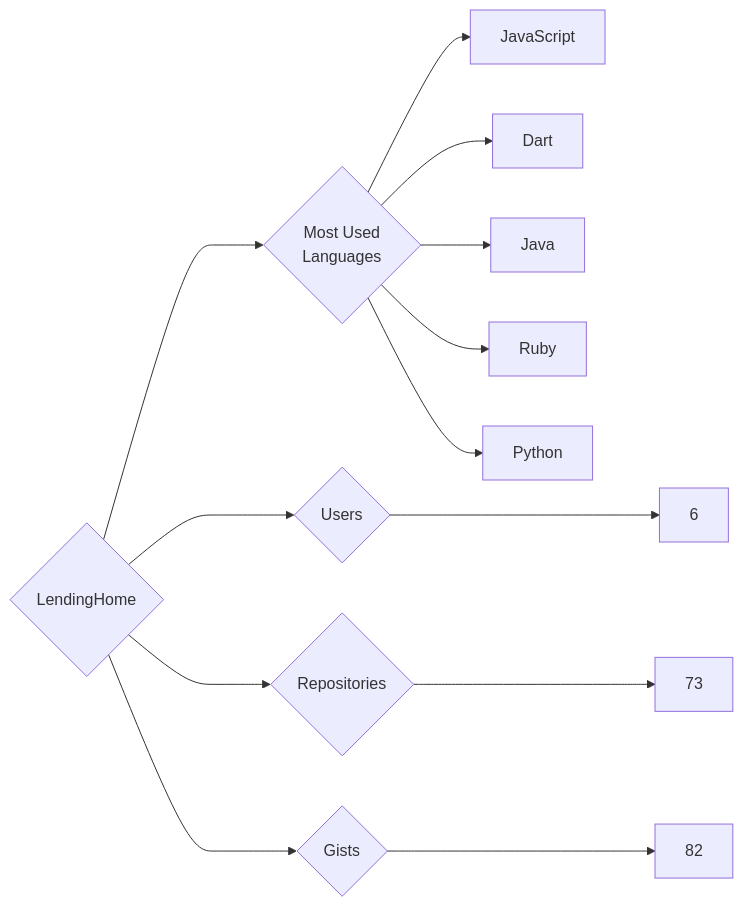
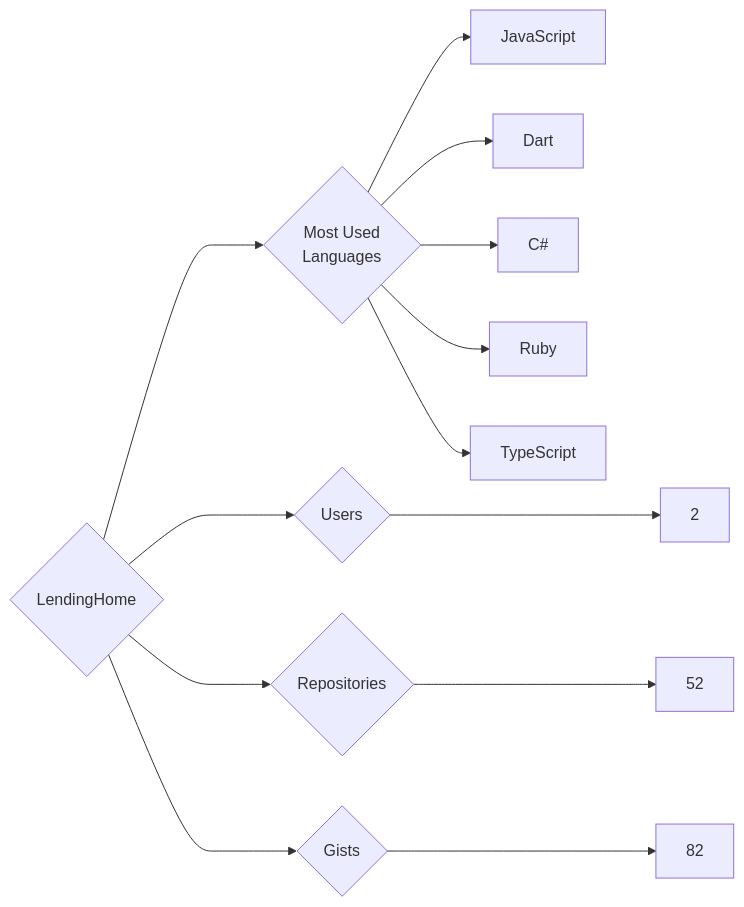
The diagram in targets/LendingHome/README.md (trickest/insiders), drawn with Mermaid before and after one commit. The commit also changed 682 other files, not shown here.

````diff
--- a/targets/LendingHome/README.md
+++ b/targets/LendingHome/README.md
@@ -3,13 +3,13 @@
 ```mermaid
 graph LR
 COMPANY_NAME{LendingHome}
-COMPANY_NAME ---> U{Users} ---> UN[6]
-COMPANY_NAME ---> R{Repositories} ---> RN[73]
+COMPANY_NAME ---> U{Users} ---> UN[2]
+COMPANY_NAME ---> R{Repositories} ---> RN[52]
 COMPANY_NAME ---> G{Gists} ---> GN[82]
 COMPANY_NAME ---> ML{Most Used<br>Languages}
 ML --> JavaScript[JavaScript]
 ML --> Dart[Dart]
-ML --> Java[Java]
+ML --> C#[C#]
 ML --> Ruby[Ruby]
-ML --> Python[Python]
+ML --> TypeScript[TypeScript]
 ```
````
